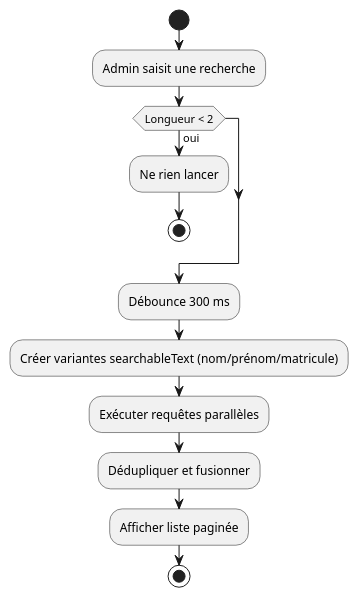
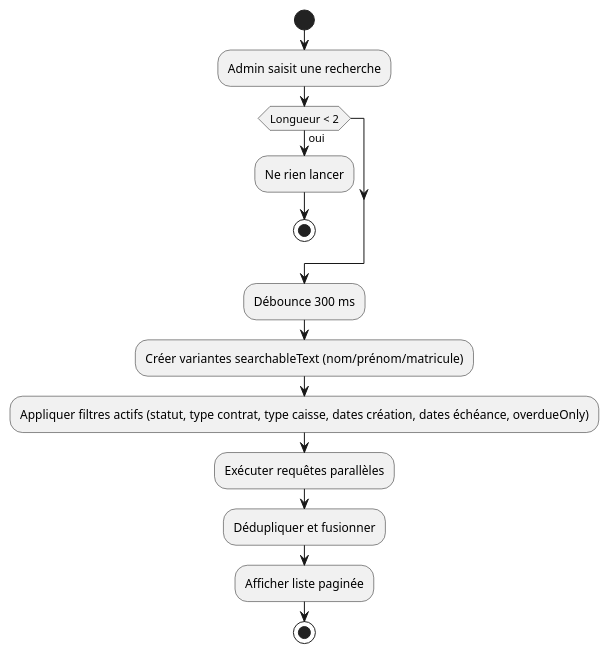
One commit to GlennEriss/kara-client-front changed the diagram in documentation/caisse-speciale/V2/contrats/activite/RechercherContrats.puml. Above: the diagram before and after it, drawn with PlantUML. The commit also changed 17 other files, not shown here.

```diff
--- a/documentation/caisse-speciale/V2/contrats/activite/RechercherContrats.puml
+++ b/documentation/caisse-speciale/V2/contrats/activite/RechercherContrats.puml
@@ -1,16 +1,17 @@
 @startuml RechercherContrats
 'title Workflow : Rechercher un Contrat (V2)
 
 start
 :Admin saisit une recherche;
 if (Longueur < 2) then (oui)
   :Ne rien lancer;
   stop
 endif
 :Débounce 300 ms;
 :Créer variantes searchableText (nom/prénom/matricule);
+:Appliquer filtres actifs (statut, type contrat, type caisse, dates création, dates échéance, overdueOnly);
 :Exécuter requêtes parallèles;
 :Dédupliquer et fusionner;
 :Afficher liste paginée;
 stop
 @enduml
```
